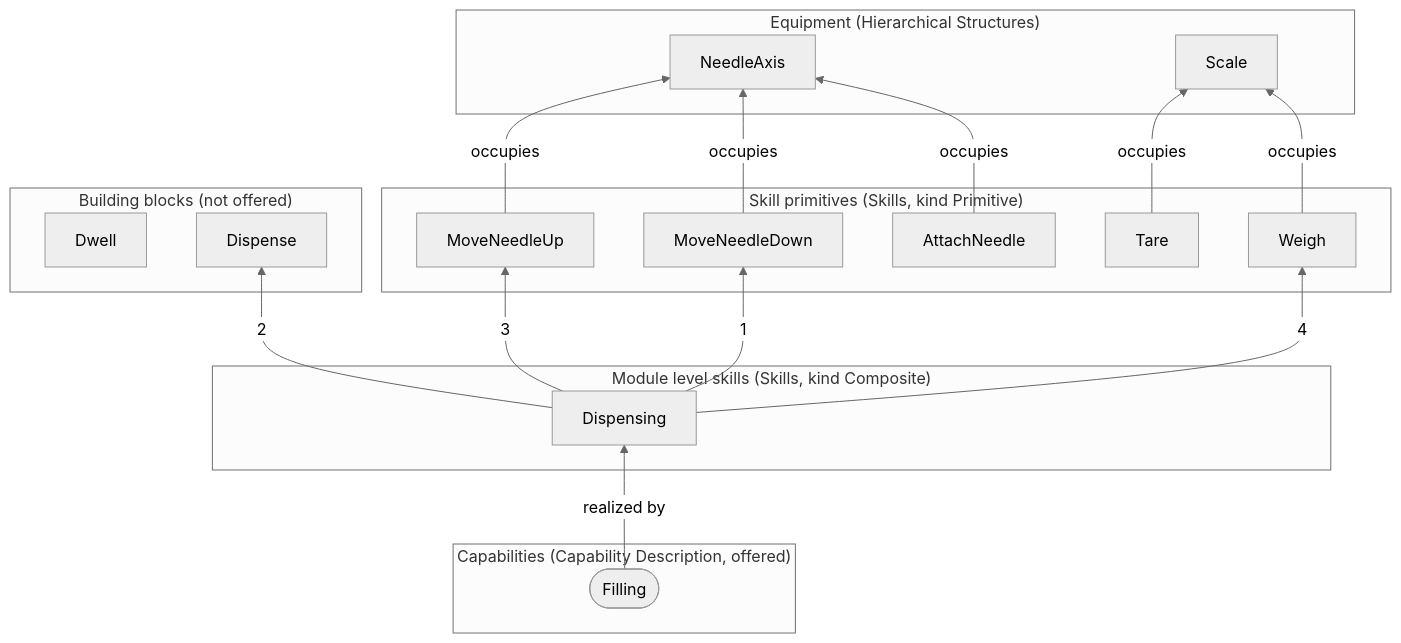
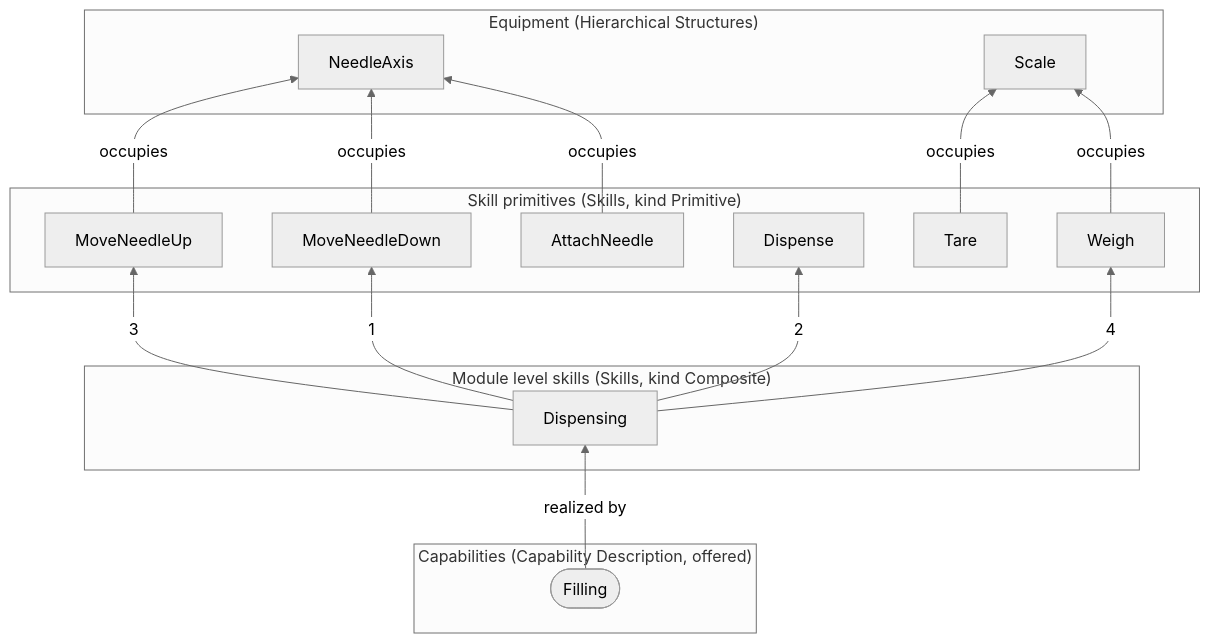
Before and after one commit to AAUSmartProductionLab/iec61499-mgmt-py: the fourth of 8 diagrams in docs/aas-examples.md, drawn with Mermaid (neutral theme). The commit also changed other lines of this file and 5 other files, not shown here.

Commit message:
Docs: Dispense can be called on its own, Dwell is gone

````diff
--- a/docs/aas-examples.md
+++ b/docs/aas-examples.md
@@ -339,34 +339,31 @@
 ```mermaid
 flowchart BT
   subgraph EQ_FillingModuleAAS["Equipment (Hierarchical Structures)"]
     FillingModuleAASNeedleAxis["NeedleAxis"]
     FillingModuleAASScale["Scale"]
   end
   subgraph PR_FillingModuleAAS["Skill primitives (Skills, kind Primitive)"]
     FillingModuleAASMoveNeedleUp["MoveNeedleUp"]
     FillingModuleAASMoveNeedleDown["MoveNeedleDown"]
     FillingModuleAASAttachNeedle["AttachNeedle"]
+    FillingModuleAASDispense["Dispense"]
     FillingModuleAASTare["Tare"]
     FillingModuleAASWeigh["Weigh"]
-  end
-  subgraph BB_FillingModuleAAS["Building blocks (not offered)"]
-    FillingModuleAASDwell["Dwell"]
-    FillingModuleAASDispense["Dispense"]
   end
   subgraph CO_FillingModuleAAS["Module level skills (Skills, kind Composite)"]
     FillingModuleAASDispensing["Dispensing"]
   end
   subgraph CA_FillingModuleAAS["Capabilities (Capability Description, offered)"]
     FillingModuleAAScapFilling(["Filling"])
   end
   FillingModuleAASMoveNeedleUp -- occupies --> FillingModuleAASNeedleAxis
   FillingModuleAASMoveNeedleDown -- occupies --> FillingModuleAASNeedleAxis
   FillingModuleAASAttachNeedle -- occupies --> FillingModuleAASNeedleAxis
   FillingModuleAASTare -- occupies --> FillingModuleAASScale
   FillingModuleAASWeigh -- occupies --> FillingModuleAASScale
   FillingModuleAASDispensing -- "1" --> FillingModuleAASMoveNeedleDown
   FillingModuleAASDispensing -- "2" --> FillingModuleAASDispense
   FillingModuleAASDispensing -- "3" --> FillingModuleAASMoveNeedleUp
   FillingModuleAASDispensing -- "4" --> FillingModuleAASWeigh
   FillingModuleAAScapFilling -- realized by --> FillingModuleAASDispensing
 ```
````
